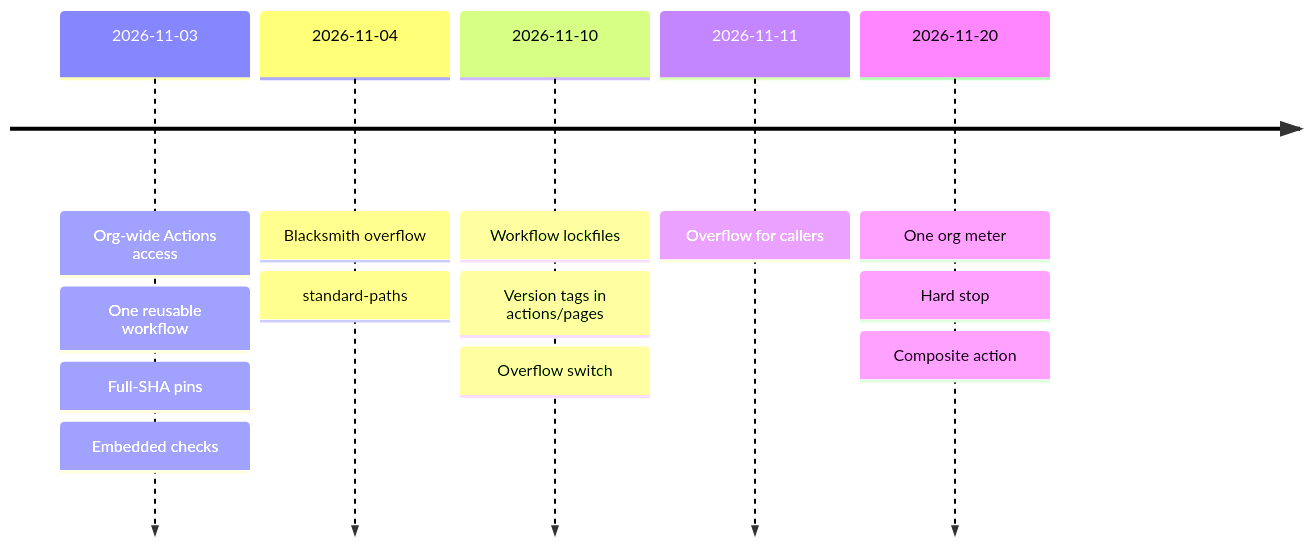
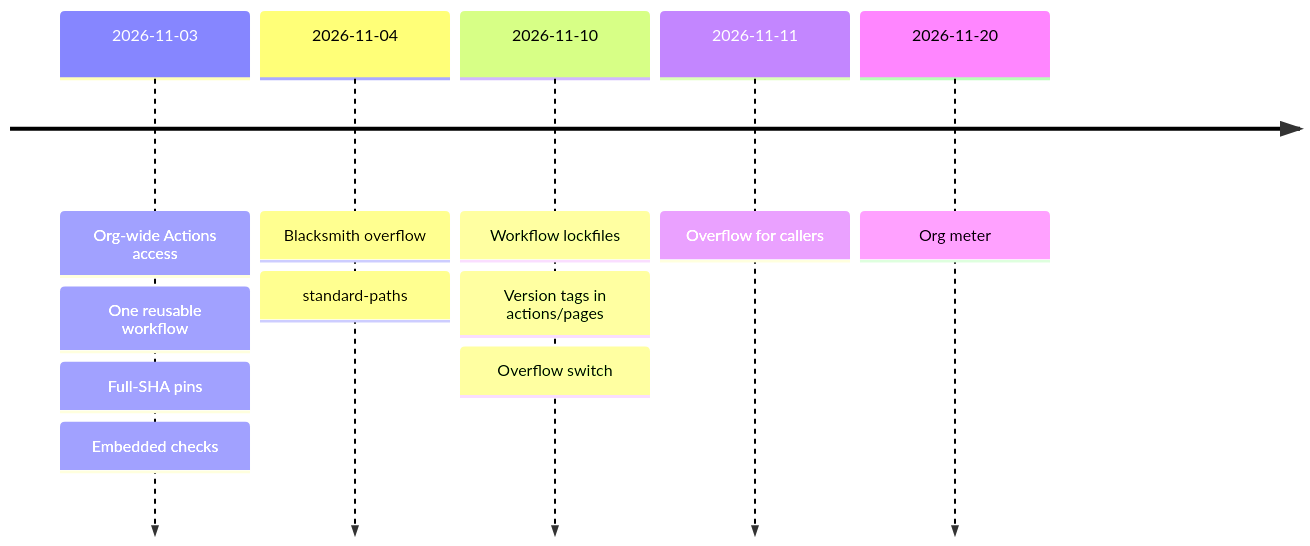
The diagram in templates/ci/DECISIONS.md (SoulCraft-Org/git-crafter), drawn with Mermaid before and after one commit. The commit also changed other lines of this file and 7 other files, not shown here.

````diff
--- a/templates/ci/DECISIONS.md
+++ b/templates/ci/DECISIONS.md
@@ -5,8 +5,8 @@
 ```mermaid
 timeline
   2026-11-03 : Org-wide Actions access : One reusable workflow : Full-SHA pins : Embedded checks
   2026-11-04 : Blacksmith overflow : standard-paths
   2026-11-10 : Workflow lockfiles : Version tags in actions/pages : Overflow switch
   2026-11-11 : Overflow for callers
-  2026-11-20 : One org meter : Hard stop : Composite action
+  2026-11-20 : Org meter
 ```
````
